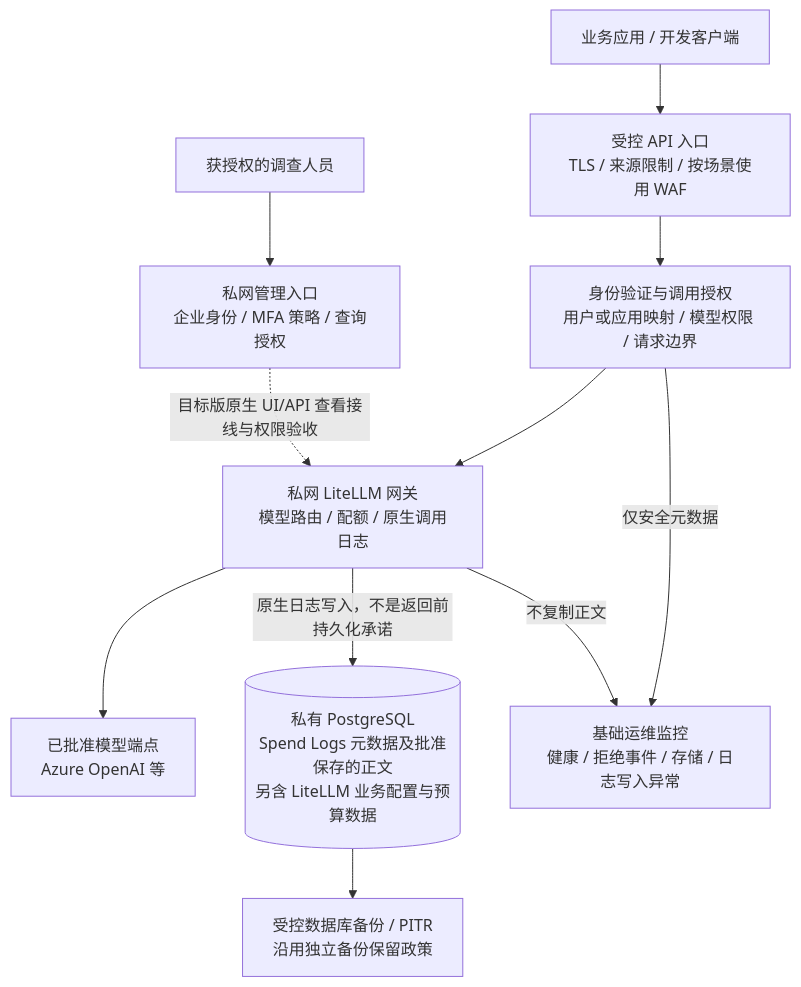
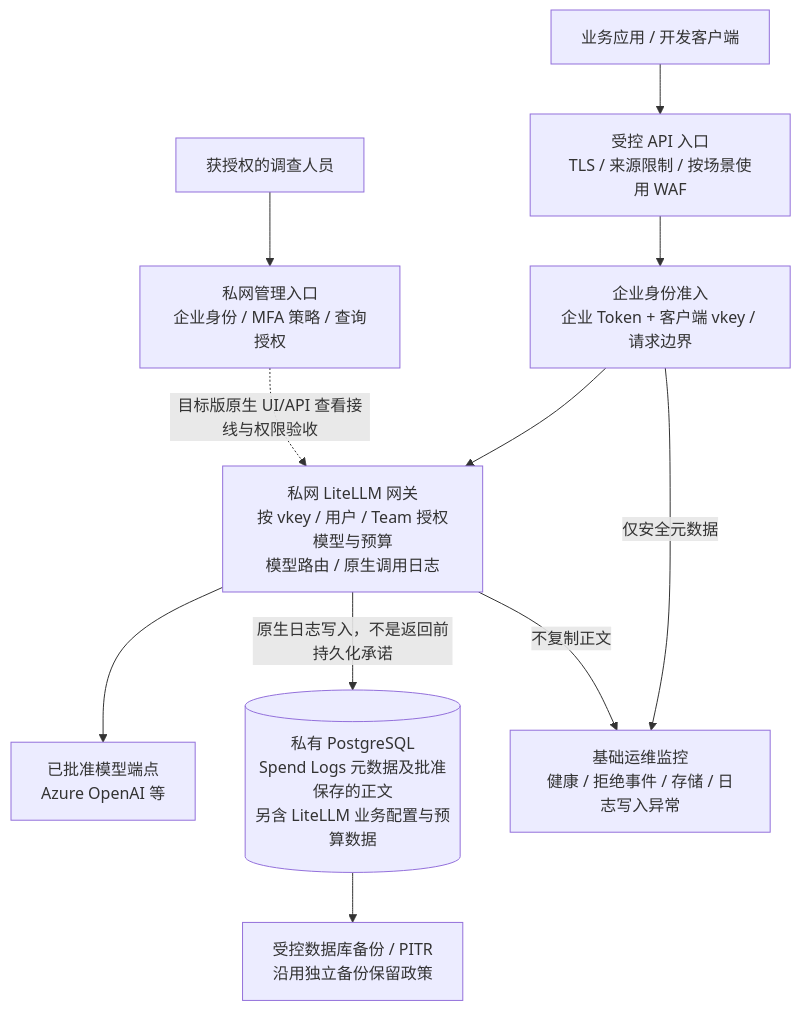
The diagram in docs/litellm-content-audit-phase1-customer-brief-zh.md (wukong121/secure-litellm-on-azure), drawn with Mermaid before and after one commit. The commit also changed other lines of this file and 22 other files, not shown here.

````diff
--- a/docs/litellm-content-audit-phase1-customer-brief-zh.md
+++ b/docs/litellm-content-audit-phase1-customer-brief-zh.md
@@ -41,13 +43,13 @@
 ```mermaid
 flowchart TB
     users["业务应用 / 开发客户端"] --> edge["受控 API 入口\nTLS / 来源限制 / 按场景使用 WAF"]
-    edge --> auth["身份验证与调用授权\n用户或应用映射 / 模型权限 / 请求边界"]
-    auth --> gateway["私网 LiteLLM 网关\n模型路由 / 配额 / 原生调用日志"]
+    edge --> auth["企业身份准入\n企业 Token + 客户端 vkey / 请求边界"]
+    auth --> gateway["私网 LiteLLM 网关\n按 vkey / 用户 / Team 授权模型与预算\n模型路由 / 原生调用日志"]
     gateway --> models["已批准模型端点\nAzure OpenAI 等"]
     gateway -->|"原生日志写入，不是返回前持久化承诺"| db[("私有 PostgreSQL\nSpend Logs 元数据及批准保存的正文\n另含 LiteLLM 业务配置与预算数据")]
     auditors["获授权的调查人员"] --> management["私网管理入口\n企业身份 / MFA 策略 / 查询授权"]
     management -. "目标版原生 UI/API 查看接线与权限验收" .-> gateway
     db --> backup["受控数据库备份 / PITR\n沿用独立备份保留政策"]
     auth -->|"仅安全元数据"| monitoring["基础运维监控\n健康 / 拒绝事件 / 存储 / 日志写入异常"]
     gateway -->|"不复制正文"| monitoring
 ```
````
